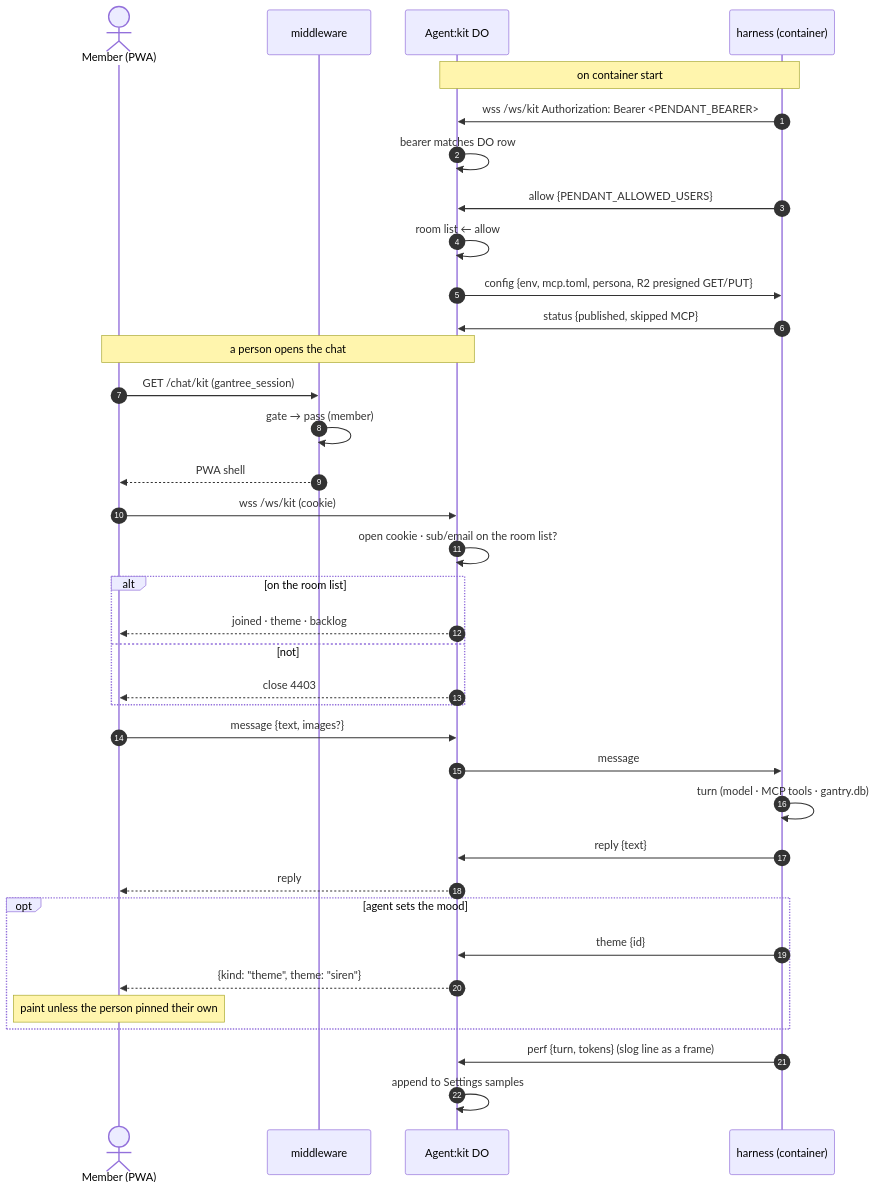
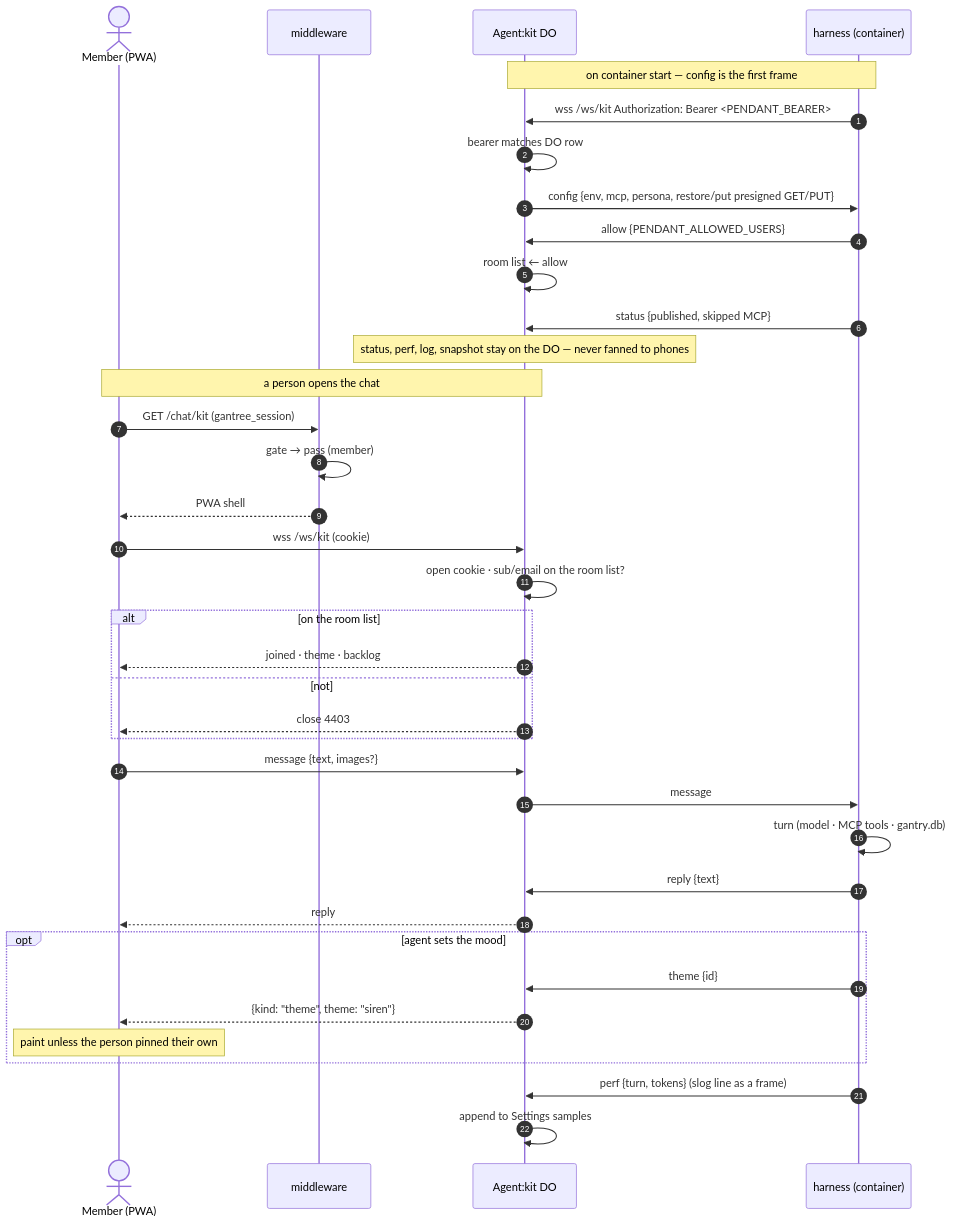
Before and after one commit to shotah/gantree2: the fifth of 10 diagrams in docs/architecture.md, drawn with Mermaid. The commit also changed other lines of this file and 1479 other files, not shown here.

````diff
--- a/docs/architecture.md
+++ b/docs/architecture.md
@@ -191,41 +197,42 @@
 ```mermaid
 sequenceDiagram
   autonumber
   actor M as Member (PWA)
   participant MW as middleware
   participant A as Agent:kit DO
   participant H as harness (container)
 
-  Note over H,A: on container start
+  Note over H,A: on container start — config is the first frame
   H->>A: wss /ws/kit  Authorization: Bearer <PENDANT_BEARER>
   A->>A: bearer matches DO row
+  A->>H: config {env, mcp, persona, restore/put presigned GET/PUT}
   H->>A: allow {PENDANT_ALLOWED_USERS}
   A->>A: room list ← allow
-  A->>H: config {env, mcp.toml, persona, R2 presigned GET/PUT}
   H->>A: status {published, skipped MCP}
+  Note over A: status, perf, log, snapshot stay on the DO — never fanned to phones
 
   Note over M,A: a person opens the chat
   M->>MW: GET /chat/kit (gantree_session)
   MW->>MW: gate → pass (member)
   MW-->>M: PWA shell
   M->>A: wss /ws/kit (cookie)
   A->>A: open cookie · sub/email on the room list?
   alt on the room list
     A-->>M: joined · theme · backlog
   else not
     A-->>M: close 4403
   end
 
   M->>A: message {text, images?}
   A->>H: message
   H->>H: turn (model · MCP tools · gantry.db)
   H->>A: reply {text}
   A-->>M: reply
   opt agent sets the mood
     H->>A: theme {id}
     A-->>M: {kind: "theme", theme: "siren"}
     Note over M: paint unless the person pinned their own
   end
   H->>A: perf {turn, tokens}  (slog line as a frame)
   A->>A: append to Settings samples
 ```
````
